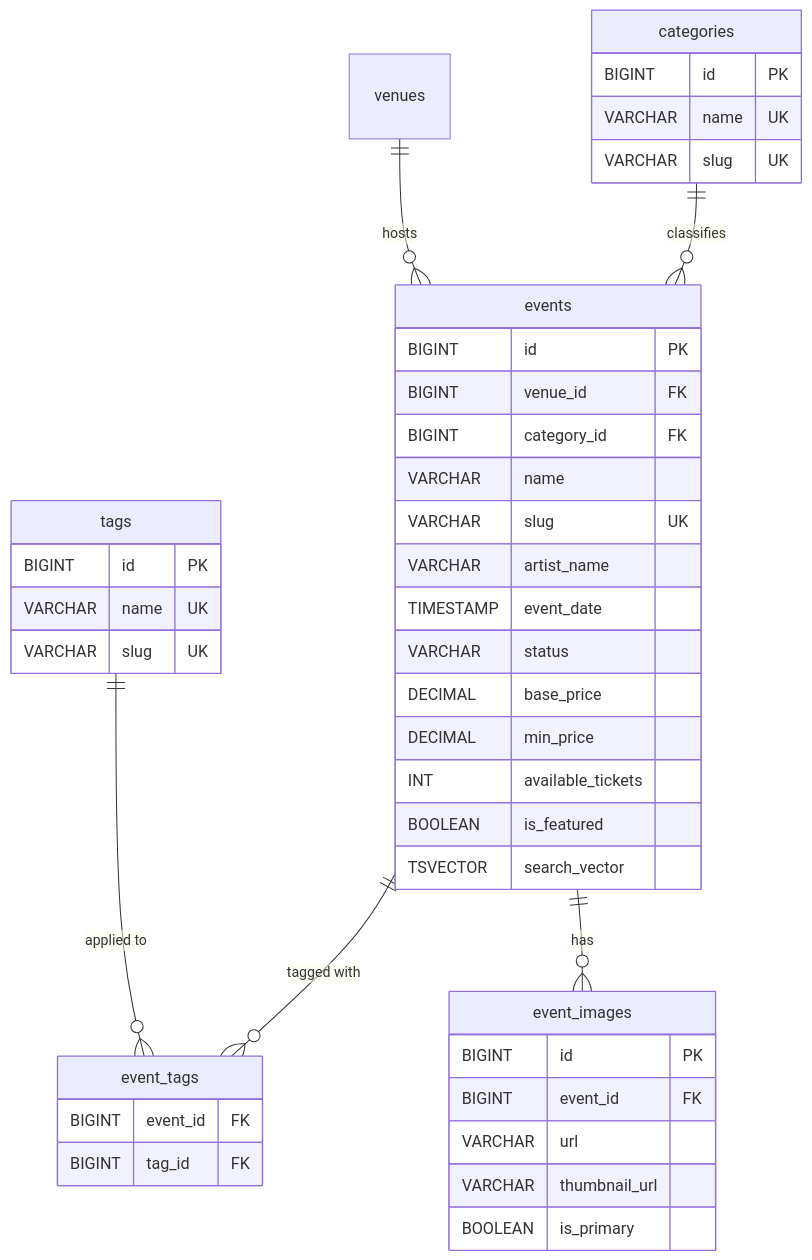
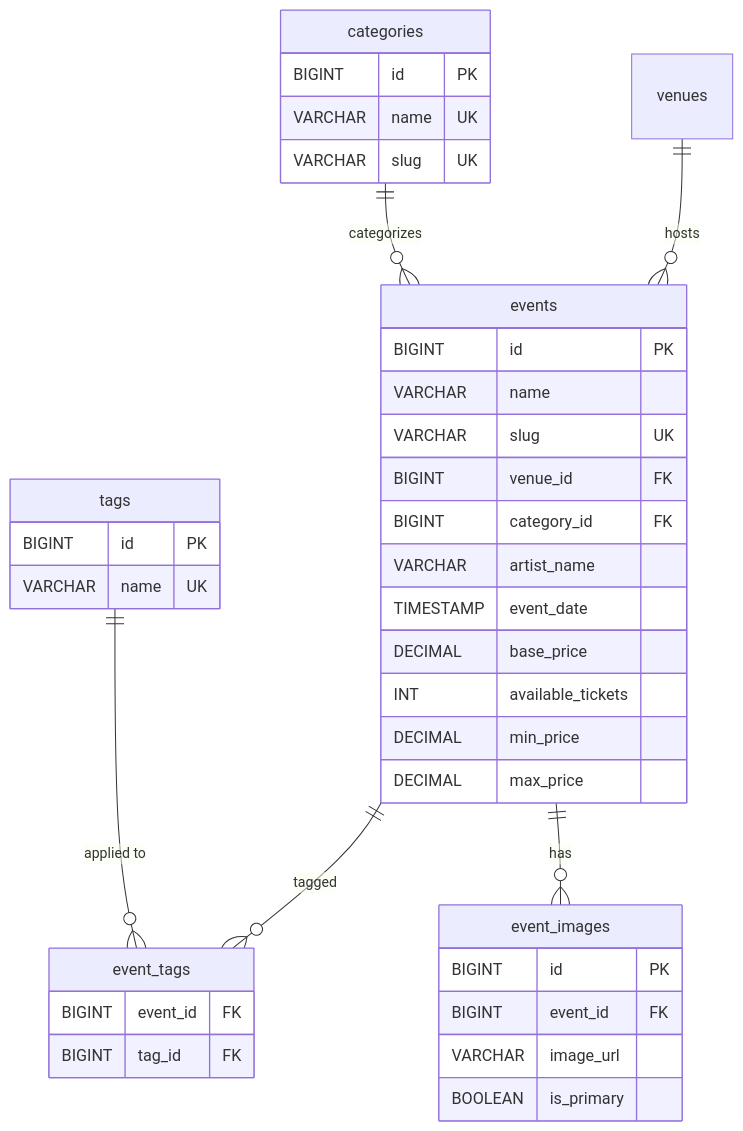
The third of 7 diagrams in ARCHITECTURE.md (kousen/mockhub), drawn with Mermaid before and after one commit. The commit also changed other lines of this file and 10 other files, not shown here.

````diff
--- a/ARCHITECTURE.md
+++ b/ARCHITECTURE.md
@@ -478,45 +125,41 @@
 ```mermaid
 erDiagram
     categories {
         BIGINT id PK
         VARCHAR name UK
         VARCHAR slug UK
     }
     tags {
         BIGINT id PK
         VARCHAR name UK
-        VARCHAR slug UK
     }
     events {
         BIGINT id PK
+        VARCHAR name
+        VARCHAR slug UK
         BIGINT venue_id FK
         BIGINT category_id FK
-        VARCHAR name
-        VARCHAR slug UK
         VARCHAR artist_name
         TIMESTAMP event_date
-        VARCHAR status
         DECIMAL base_price
+        INT available_tickets
         DECIMAL min_price
-        INT available_tickets
-        BOOLEAN is_featured
-        TSVECTOR search_vector
+        DECIMAL max_price
     }
     event_tags {
         BIGINT event_id FK
         BIGINT tag_id FK
     }
     event_images {
         BIGINT id PK
         BIGINT event_id FK
-        VARCHAR url
-        VARCHAR thumbnail_url
+        VARCHAR image_url
         BOOLEAN is_primary
     }
 
+    categories ||--o{ events : "categorizes"
     venues ||--o{ events : "hosts"
-    categories ||--o{ events : "classifies"
-    events ||--o{ event_tags : "tagged with"
+    events ||--o{ event_tags : "tagged"
     tags ||--o{ event_tags : "applied to"
     events ||--o{ event_images : "has"
 ```
````
